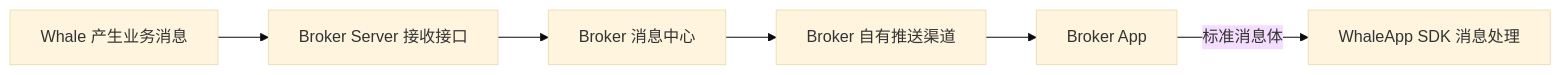
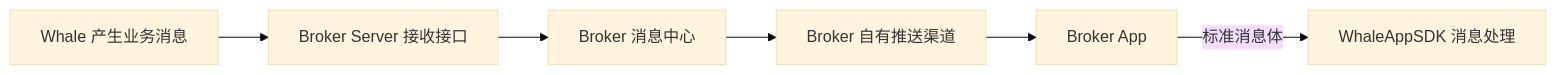
One commit to longbridge/whale-docs changed the second of 2 diagrams in docs/zh-CN/docs/message-push-options.mdx. Above: the diagram before and after it, drawn with Mermaid (base theme). The commit also changed other lines of this file and 120 other files, not shown here.

````diff
--- a/docs/zh-CN/docs/message-push-options.mdx
+++ b/docs/zh-CN/docs/message-push-options.mdx
@@ -51,8 +51,8 @@
 ```mermaid
 flowchart LR
   A[Whale 产生业务消息] --> B[Broker Server 接收接口]
   B --> C[Broker 消息中心]
   C --> D[Broker 自有推送渠道]
   D --> E[Broker App]
-  E -->|标准消息体| F[WhaleApp SDK 消息处理]
+  E -->|标准消息体| F[WhaleAppSDK 消息处理]
 ```
````
